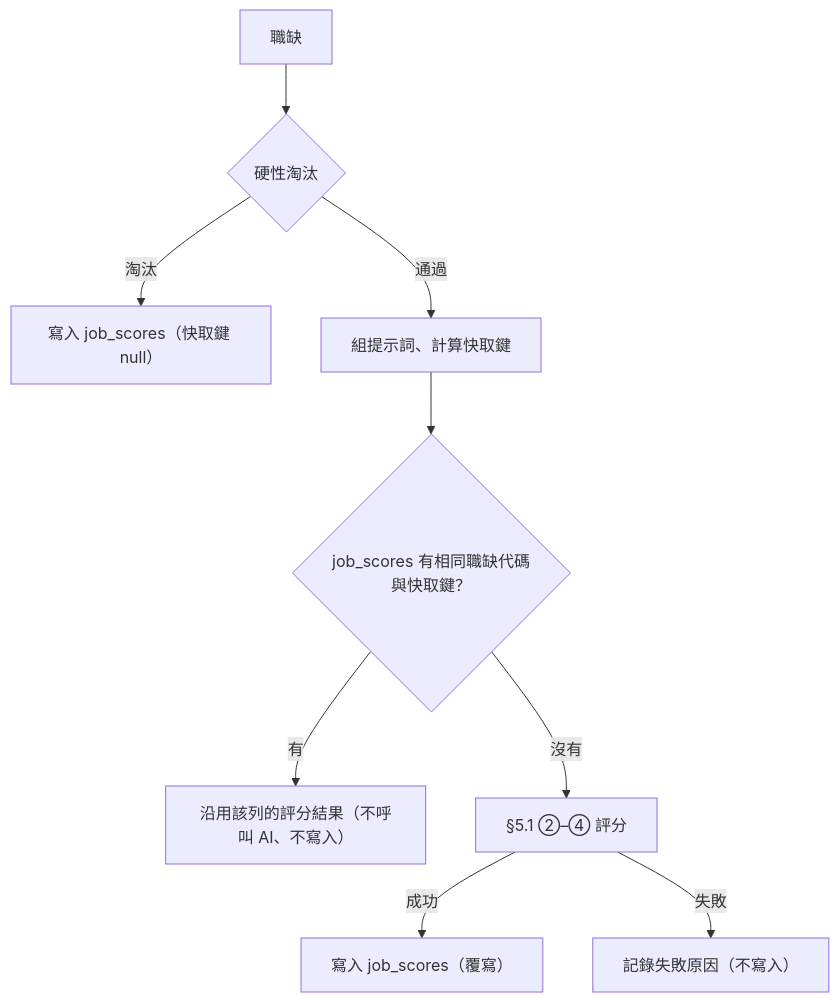
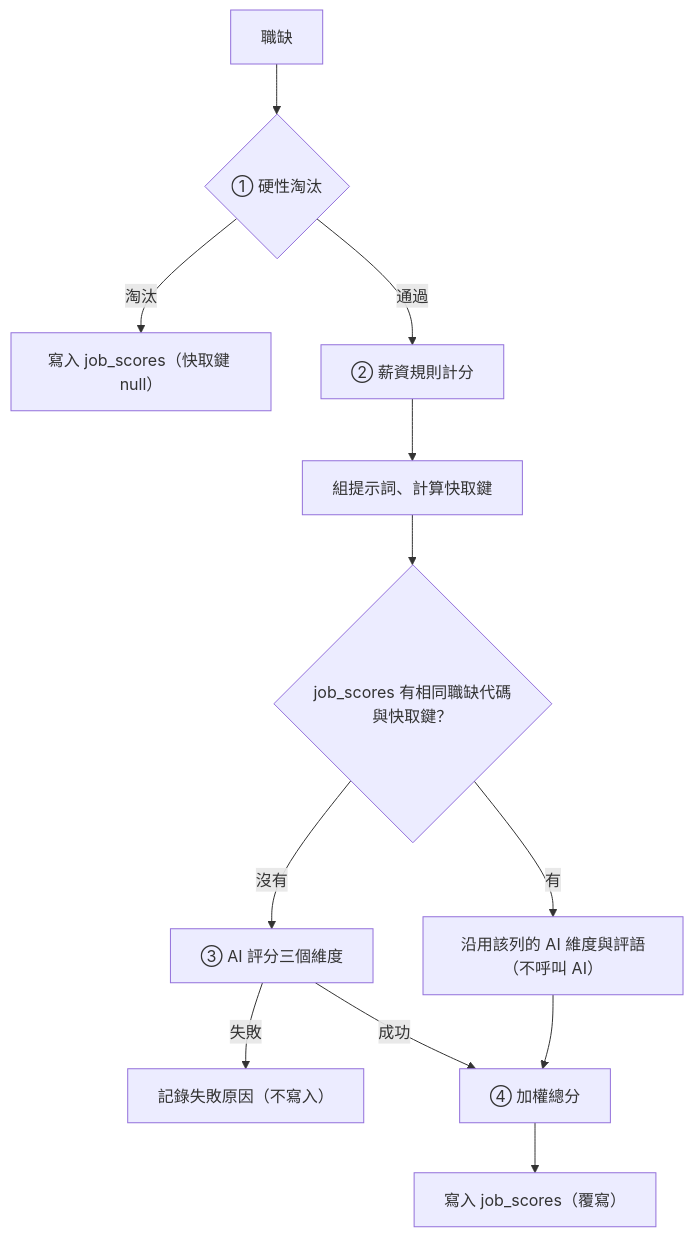
One commit to dlhdb/job-matching changed the third of 3 diagrams in docs/features/F1-01-job-scoring.md. Above: the diagram before and after it, drawn with Mermaid. The commit also changed other lines of this file and 3 other files, not shown here.

````diff
--- a/docs/features/F1-01-job-scoring.md
+++ b/docs/features/F1-01-job-scoring.md
@@ -511,11 +514,14 @@
 ```mermaid
 flowchart TD
-    J[職缺] --> F{硬性淘汰}
+    J[職缺] --> F{① 硬性淘汰}
     F -->|淘汰| W1["寫入 job_scores（快取鍵 null）"]
-    F -->|通過| K[組提示詞、計算快取鍵]
+    F -->|通過| S["② 薪資規則計分"]
+    S --> K[組提示詞、計算快取鍵]
     K --> C{"job_scores 有相同職缺代碼與快取鍵？"}
-    C -->|有| R["沿用該列的評分結果（不呼叫 AI、不寫入）"]
-    C -->|沒有| A["§5.1 ②–④ 評分"]
-    A -->|成功| W2["寫入 job_scores（覆寫）"]
+    C -->|有| R["沿用該列的 AI 維度與評語（不呼叫 AI）"]
+    C -->|沒有| A["③ AI 評分三個維度"]
     A -->|失敗| E["記錄失敗原因（不寫入）"]
+    R --> T["④ 加權總分"]
+    A -->|成功| T
+    T --> W2["寫入 job_scores（覆寫）"]
 ```
````
